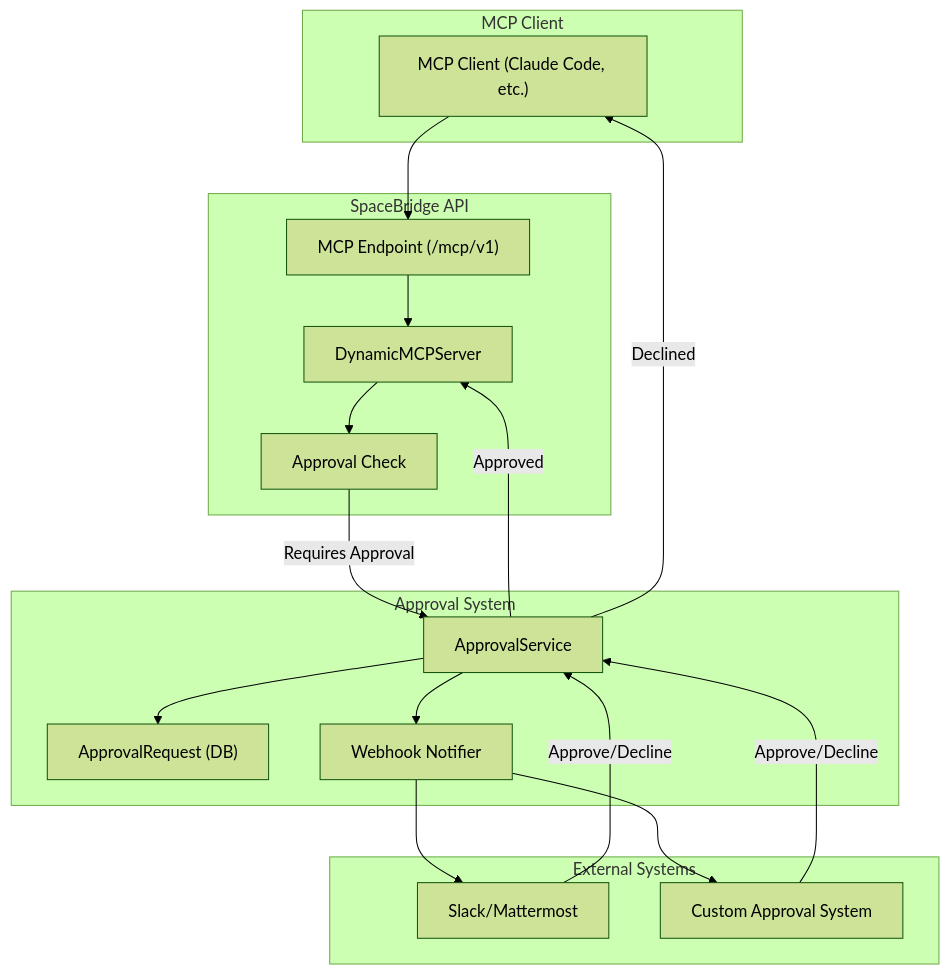
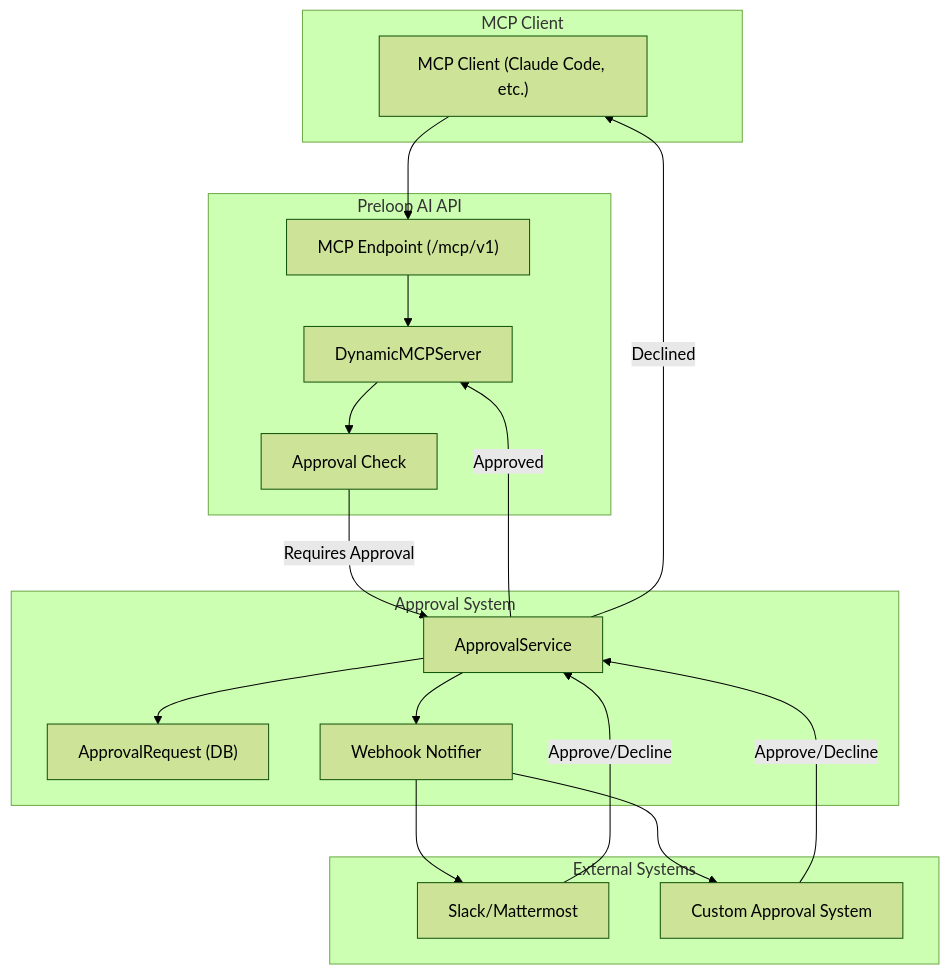
The third of 9 diagrams in ARCHITECTURE.md (GiorgosAlexakis/preloop), drawn with Mermaid (forest theme) before and after one commit. The commit also changed other lines of this file and 819 other files, not shown here.

````diff
--- a/ARCHITECTURE.md
+++ b/ARCHITECTURE.md
@@ -354,40 +353,40 @@
 ```mermaid
 graph TD
     subgraph "MCP Client"
         Client["MCP Client (Claude Code, etc.)"]
     end
 
-    subgraph "SpaceBridge API"
+    subgraph "Preloop AI API"
         MCPEndpoint["MCP Endpoint (/mcp/v1)"]
         DynamicMCP["DynamicMCPServer"]
         ApprovalCheck["Approval Check"]
     end
 
     subgraph "Approval System"
         ApprovalService["ApprovalService"]
         ApprovalDB["ApprovalRequest (DB)"]
         WebhookNotifier["Webhook Notifier"]
     end
 
     subgraph "External Systems"
         Slack["Slack/Mattermost"]
         CustomWebhook["Custom Approval System"]
     end
 
     Client --> MCPEndpoint
     MCPEndpoint --> DynamicMCP
     DynamicMCP --> ApprovalCheck
 
     ApprovalCheck -->|Requires Approval| ApprovalService
     ApprovalService --> ApprovalDB
     ApprovalService --> WebhookNotifier
 
     WebhookNotifier --> Slack
     WebhookNotifier --> CustomWebhook
 
     CustomWebhook -->|Approve/Decline| ApprovalService
     Slack -->|Approve/Decline| ApprovalService
 
     ApprovalService -->|Approved| DynamicMCP
     ApprovalService -->|Declined| Client
 ```
````
